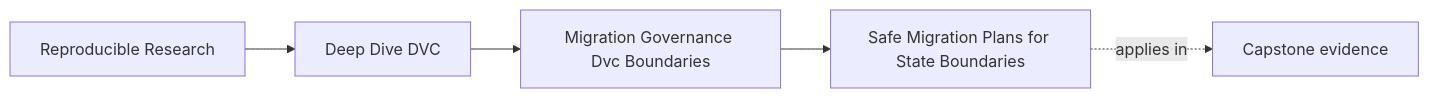
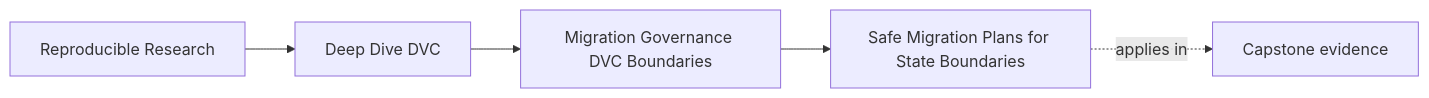
One commit to bijux/bijux-masterclass changed the first of 3 diagrams in programs/reproducible-research/deep-dive-dvc/course-book/module-10-migration-governance-dvc-boundaries/safe-migration-plans-for-state-boundaries.md. Above: the diagram before and after it, drawn with Mermaid. The commit also changed other lines of this file, not shown here.

Commit message:
docs(dvc): preserve invariants across boundary migration

````diff
--- a/programs/reproducible-research/deep-dive-dvc/course-book/module-10-migration-governance-dvc-boundaries/safe-migration-plans-for-state-boundaries.md
+++ b/programs/reproducible-research/deep-dive-dvc/course-book/module-10-migration-governance-dvc-boundaries/safe-migration-plans-for-state-boundaries.md
@@ -7,11 +6,11 @@
 ```mermaid
 graph LR
   family["Reproducible Research"]
   program["Deep Dive DVC"]
-  section["Migration Governance Dvc Boundaries"]
+  section["Migration Governance DVC Boundaries"]
   page["Safe Migration Plans for State Boundaries"]
   capstone["Capstone evidence"]
 
   family --> program --> section --> page
   page -.applies in.-> capstone
 ```
````
